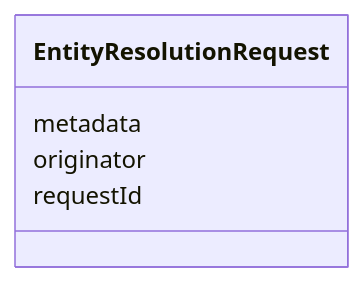
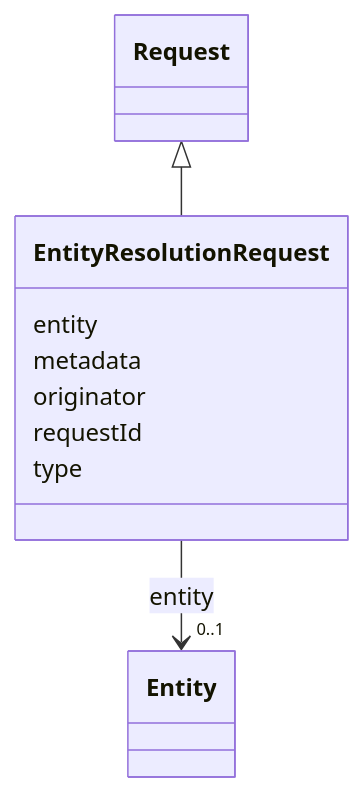
The diagram in docs/schema/EntityResolutionRequest.md (meaningfy-ws/er-system), drawn with Mermaid before and after one commit. The commit also changed other lines of this file and 20 other files, not shown here.

````diff
--- a/docs/schema/EntityResolutionRequest.md
+++ b/docs/schema/EntityResolutionRequest.md
@@ -20,12 +20,28 @@
 ```mermaid
  classDiagram
     class EntityResolutionRequest
     click EntityResolutionRequest href "../EntityResolutionRequest/"
+      Request <|-- EntityResolutionRequest
+        click Request href "../Request/"
+      
+      EntityResolutionRequest : entity
+        
+          
+    
+        
+        
+        EntityResolutionRequest --> "0..1" Entity : entity
+        click Entity href "../Entity/"
+    
+
+        
       EntityResolutionRequest : metadata
         
       EntityResolutionRequest : originator
         
       EntityResolutionRequest : requestId
         
+      EntityResolutionRequest : type
+        
       
 ```
````
